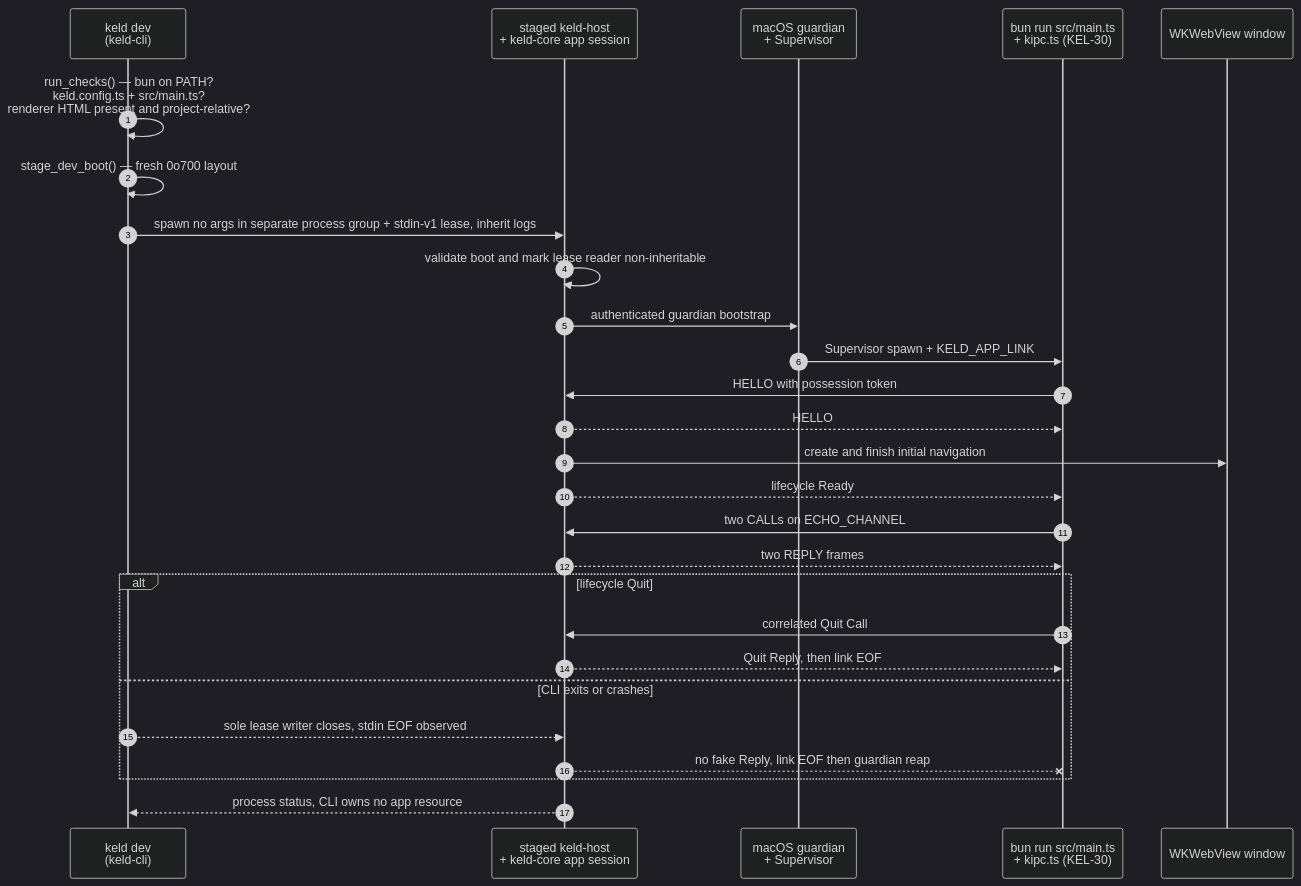
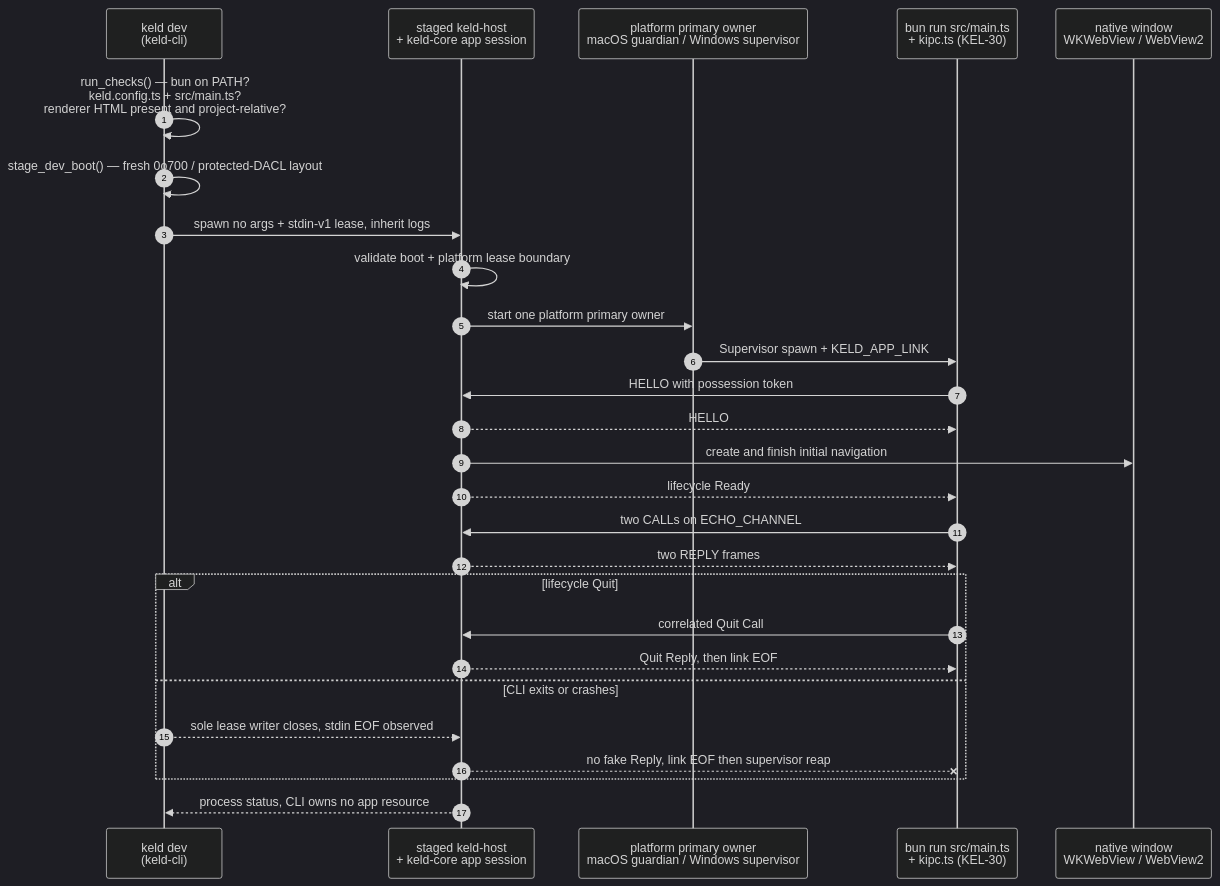
One commit to gyldlab/keld changed the second of 3 diagrams in docs/onboarding/02-architecture-guide.md. Above: the diagram before and after it, drawn with Mermaid (dark theme). The commit also changed other lines of this file and 7 other files, not shown here.

Commit message:
fix(host): harden Windows stage and app ownership

````diff
--- a/docs/onboarding/02-architecture-guide.md
+++ b/docs/onboarding/02-architecture-guide.md
@@ -257,36 +257,36 @@
 ```mermaid
 sequenceDiagram
     accTitle: Current macOS and Windows keld dev delegated host flow
     accDescr {
       The live macOS and Windows CLI compiles an owner-private stage and launches a no-flag host.
       The host owns the authenticated app link, platform-supervised Bun child and native
       window. CLI lease loss and lifecycle Quit converge on the host's ordered teardown.
     }
     autonumber
     participant CLI as keld dev<br/>(keld-cli)
     participant Host as staged keld-host<br/>+ keld-core app session
-    participant Guard as macOS guardian<br/>+ Supervisor
+    participant Owner as platform primary owner<br/>macOS guardian / Windows supervisor
     participant Bun as bun run src/main.ts<br/>+ kipc.ts (KEL-30)
-    participant Win as WKWebView window
+    participant Win as native window<br/>WKWebView / WebView2
 
     CLI->>CLI: run_checks() — bun on PATH?<br/>keld.config.ts + src/main.ts?<br/>renderer HTML present and project-relative?
-    CLI->>CLI: stage_dev_boot() — fresh 0o700 layout
-    CLI->>Host: spawn no args in separate process group + stdin-v1 lease, inherit logs
-    Host->>Host: validate boot and mark lease reader non-inheritable
-    Host->>Guard: authenticated guardian bootstrap
-    Guard->>Bun: Supervisor spawn + KELD_APP_LINK
+    CLI->>CLI: stage_dev_boot() — fresh 0o700 / protected-DACL layout
+    CLI->>Host: spawn no args + stdin-v1 lease, inherit logs
+    Host->>Host: validate boot + platform lease boundary
+    Host->>Owner: start one platform primary owner
+    Owner->>Bun: Supervisor spawn + KELD_APP_LINK
     Bun->>Host: HELLO with possession token
     Host-->>Bun: HELLO
     Host->>Win: create and finish initial navigation
     Host-->>Bun: lifecycle Ready
     Bun->>Host: two CALLs on ECHO_CHANNEL
     Host-->>Bun: two REPLY frames
     alt lifecycle Quit
         Bun->>Host: correlated Quit Call
         Host-->>Bun: Quit Reply, then link EOF
     else CLI exits or crashes
         CLI-->>Host: sole lease writer closes, stdin EOF observed
-        Host--xBun: no fake Reply, link EOF then guardian reap
+        Host--xBun: no fake Reply, link EOF then supervisor reap
     end
     Host-->>CLI: process status, CLI owns no app resource
 ```
````
